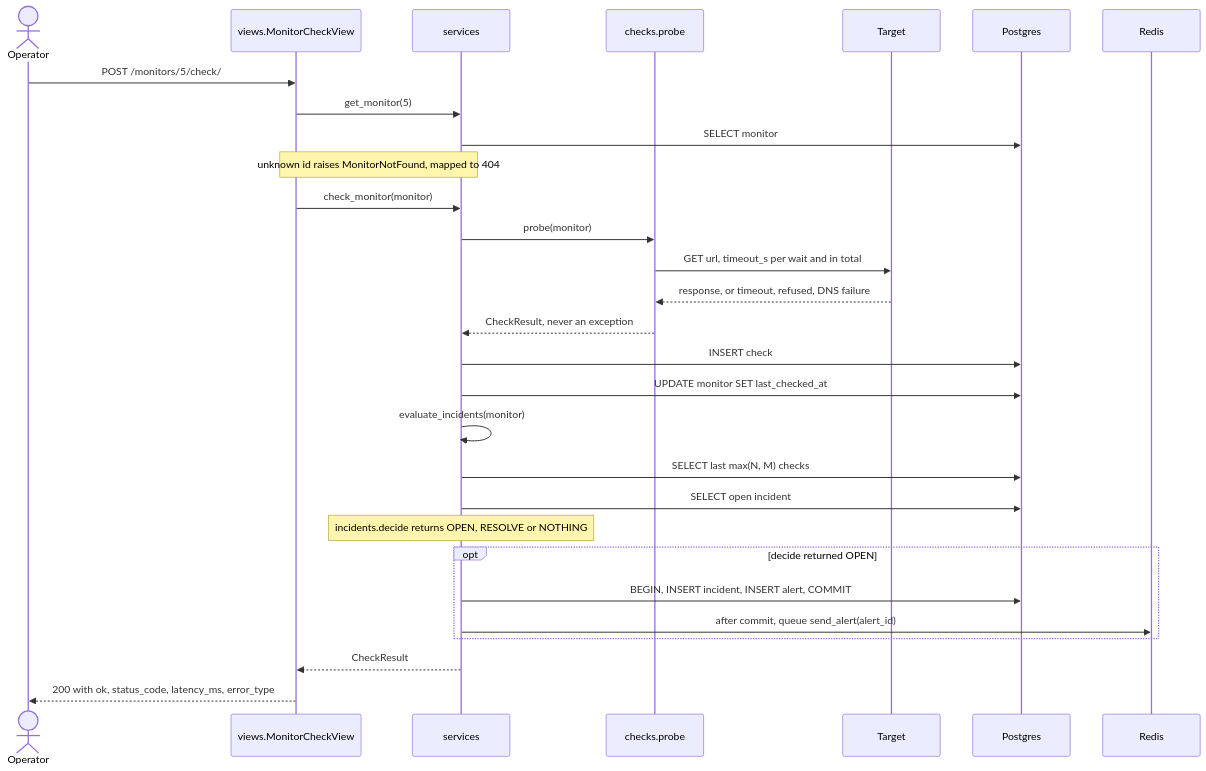
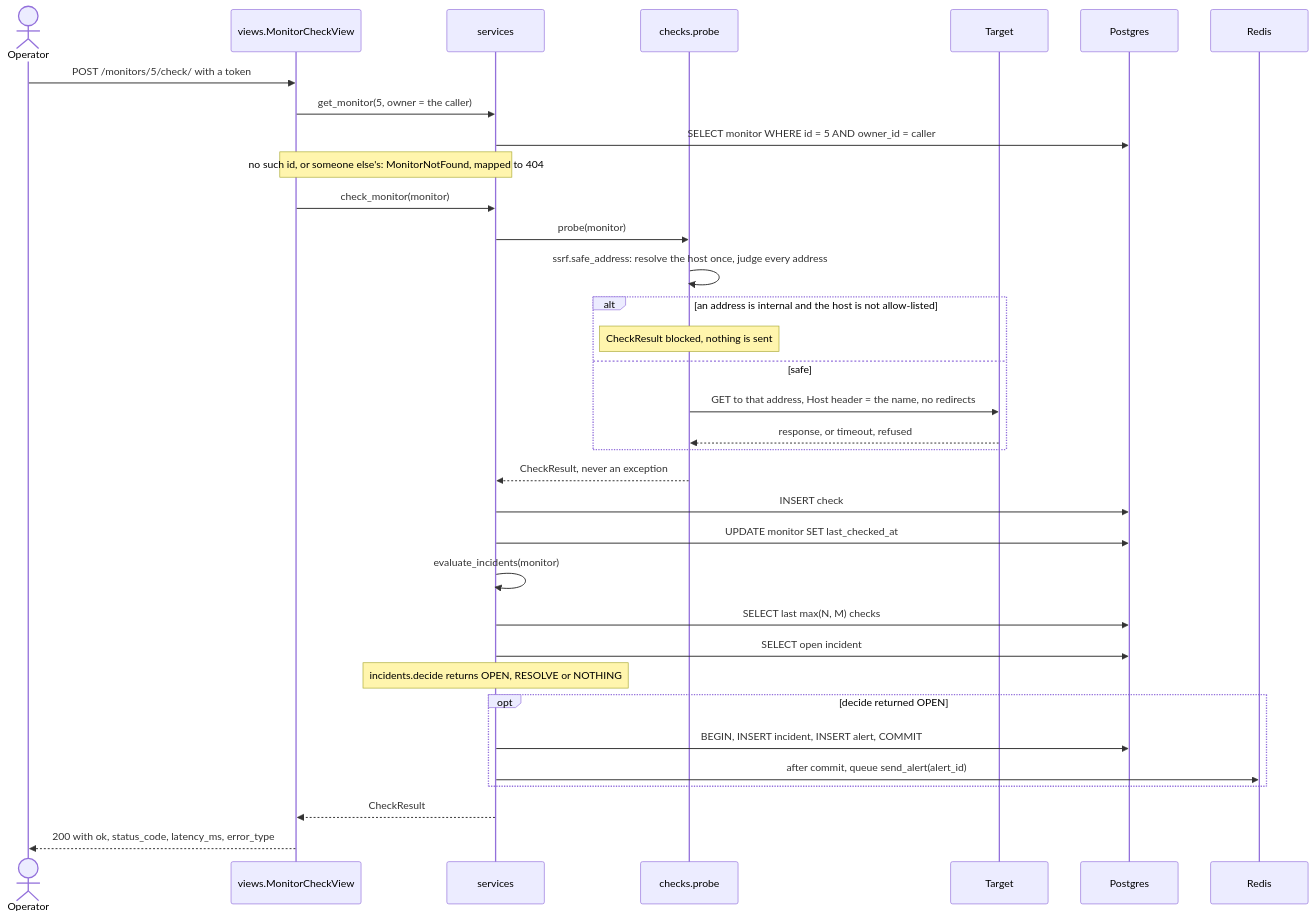
The seventh of 12 diagrams in ARCHITECTURE.md (wbaghdadi20/pulse), drawn with Mermaid before and after one commit. The commit also changed other lines of this file, not shown here.

Commit message:
docs: bring the C4 diagrams, data model and flows up to date for D8

````diff
--- a/ARCHITECTURE.md
+++ b/ARCHITECTURE.md
@@ -280,32 +375,37 @@
 ```mermaid
 sequenceDiagram
     actor Operator
     participant V as views.MonitorCheckView
     participant S as services
     participant P as checks.probe
     participant T as Target
     participant DB as Postgres
     participant R as Redis
 
-    Operator->>V: POST /monitors/5/check/
-    V->>S: get_monitor(5)
-    S->>DB: SELECT monitor
-    Note over V,S: unknown id raises MonitorNotFound, mapped to 404
+    Operator->>V: POST /monitors/5/check/ with a token
+    V->>S: get_monitor(5, owner = the caller)
+    S->>DB: SELECT monitor WHERE id = 5 AND owner_id = caller
+    Note over V,S: no such id, or someone else's: MonitorNotFound, mapped to 404
     V->>S: check_monitor(monitor)
     S->>P: probe(monitor)
-    P->>T: GET url, timeout_s per wait and in total
-    T-->>P: response, or timeout, refused, DNS failure
+    P->>P: ssrf.safe_address: resolve the host once, judge every address
+    alt an address is internal and the host is not allow-listed
+        Note over P: CheckResult blocked, nothing is sent
+    else safe
+        P->>T: GET to that address, Host header = the name, no redirects
+        T-->>P: response, or timeout, refused
+    end
     P-->>S: CheckResult, never an exception
     S->>DB: INSERT check
     S->>DB: UPDATE monitor SET last_checked_at
     S->>S: evaluate_incidents(monitor)
     S->>DB: SELECT last max(N, M) checks
     S->>DB: SELECT open incident
     Note over S: incidents.decide returns OPEN, RESOLVE or NOTHING
     opt decide returned OPEN
         S->>DB: BEGIN, INSERT incident, INSERT alert, COMMIT
         S->>R: after commit, queue send_alert(alert_id)
     end
     S-->>V: CheckResult
     V-->>Operator: 200 with ok, status_code, latency_ms, error_type
 ```
````
